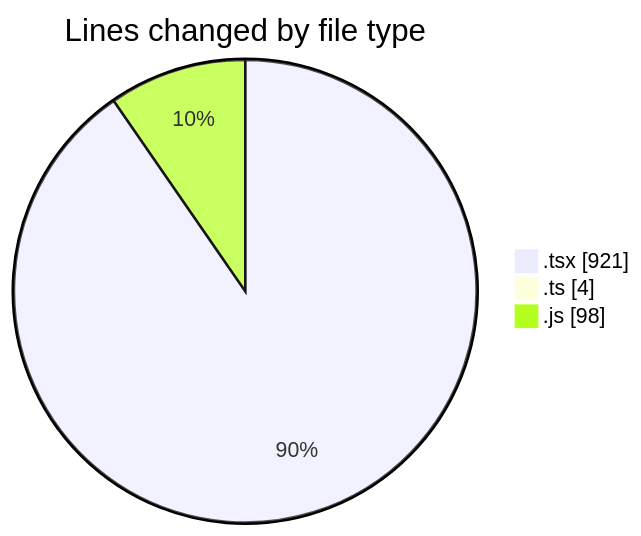
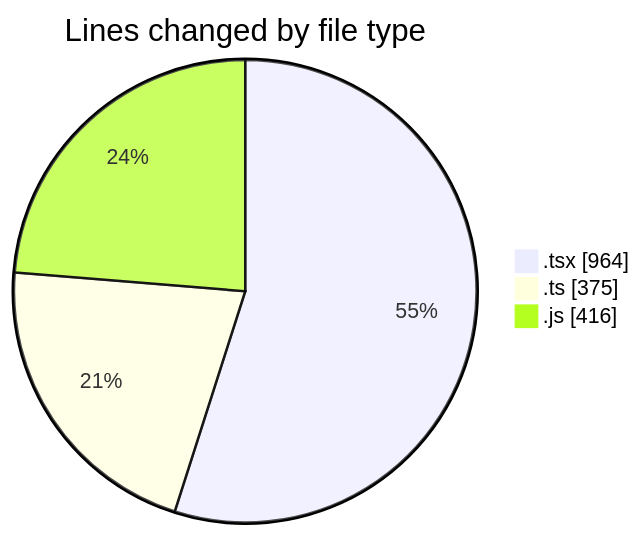
One commit to momahboobian/code-tracking changed the first of 2 diagrams in 2026-05-29/cda/README.md. Above: the diagram before and after it, drawn with Mermaid. The commit also changed other lines of this file and 1 other file, not shown here.

````diff
--- a/2026-05-29/cda/README.md
+++ b/2026-05-29/cda/README.md
@@ -30,7 +35,7 @@
 ```mermaid
 pie showData
 title Lines changed by file type
-".tsx" : 921
-".ts" : 4
-".js" : 98
+".tsx" : 964
+".ts" : 375
+".js" : 416
 ```
````
